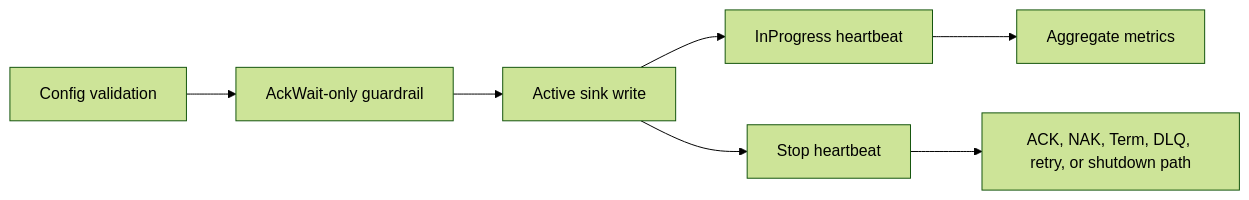
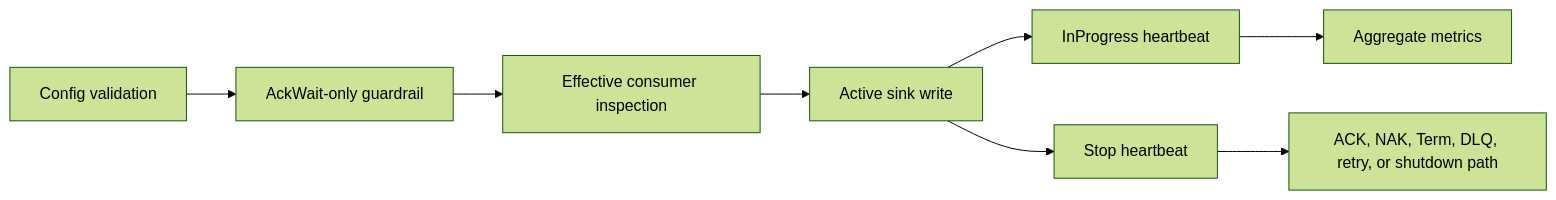
The diagram in docs/test-report.md (ProjectCuillin/nats-sinks), drawn with Mermaid (forest theme) before and after one commit. The commit also changed other lines of this file and 17 other files, not shown here.

````diff
--- a/docs/test-report.md
+++ b/docs/test-report.md
@@ -32,9 +33,10 @@
 ```mermaid
 flowchart LR
     Config[Config validation] --> Guardrail[AckWait-only guardrail]
-    Guardrail --> Write[Active sink write]
+    Guardrail --> Inspect[Effective consumer inspection]
+    Inspect --> Write[Active sink write]
     Write --> Heartbeat[InProgress heartbeat]
     Heartbeat --> Metrics[Aggregate metrics]
     Write --> Stop[Stop heartbeat]
     Stop --> Final[ACK, NAK, Term, DLQ, retry, or shutdown path]
 ```
````
